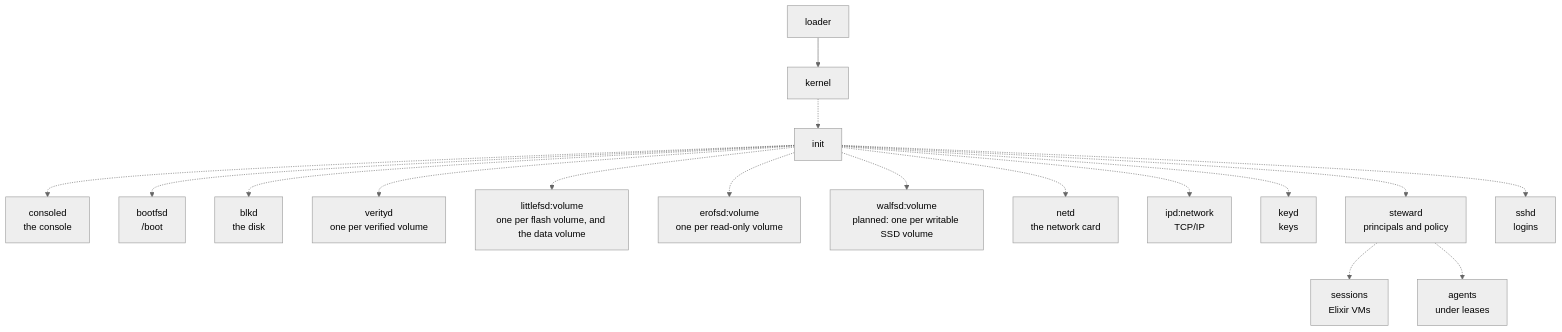
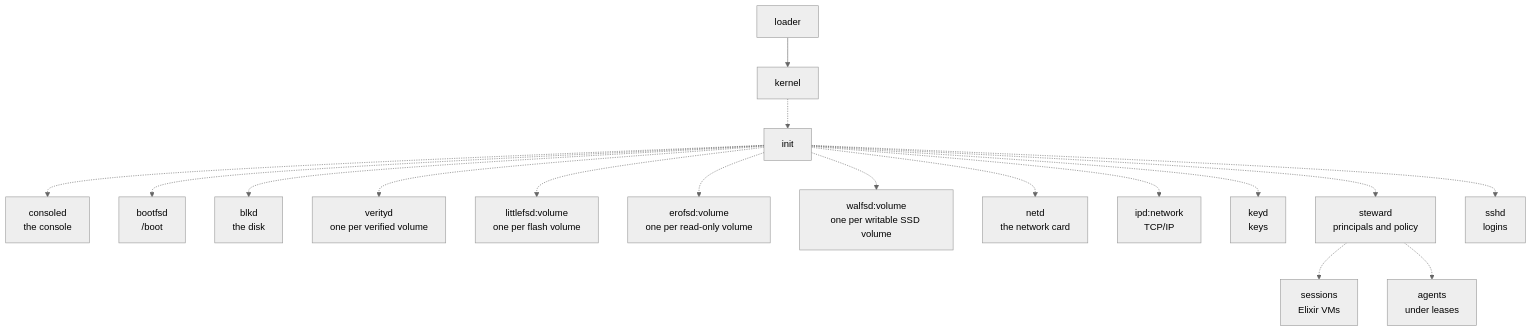
One commit to sirmick/redoubt changed the first of 3 diagrams in docs/servers/README.md. Above: the diagram before and after it, drawn with Mermaid (neutral theme). The commit also changed other lines of this file and 25 other files, not shown here.

````diff
--- a/docs/servers/README.md
+++ b/docs/servers/README.md
@@ -29,19 +29,19 @@
 ```mermaid
 flowchart TD
     L[loader] --> K[kernel]
     K -.-> I[init]
     I -.-> CO[consoled<br/>the console]
     I -.-> BF[bootfsd<br/>/boot]
     I -.-> BL[blkd<br/>the disk]
     I -.-> VD[verityd<br/>one per verified volume]
-    I -.-> FS[littlefsd:volume<br/>one per flash volume, and the data volume]
+    I -.-> FS[littlefsd:volume<br/>one per flash volume]
     I -.-> EF[erofsd:volume<br/>one per read-only volume]
-    I -.-> WF[walfsd:volume<br/>planned: one per writable SSD volume]
+    I -.-> WF[walfsd:volume<br/>one per writable SSD volume]
     I -.-> ND[netd<br/>the network card]
     I -.-> IP[ipd:network<br/>TCP/IP]
     I -.-> KD[keyd<br/>keys]
     I -.-> ST[steward<br/>principals and policy]
     I -.-> SS[sshd<br/>logins]
     ST -.-> SE[sessions<br/>Elixir VMs]
     ST -.-> AG[agents<br/>under leases]
 ```
````
